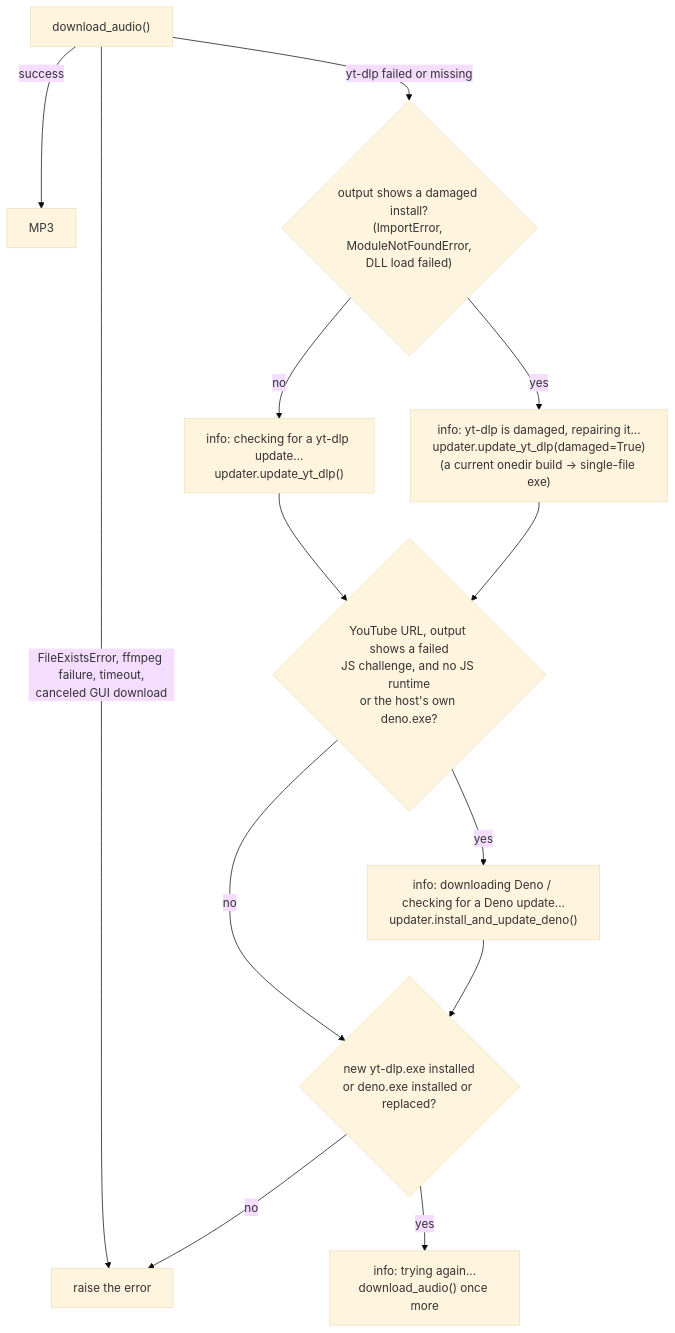
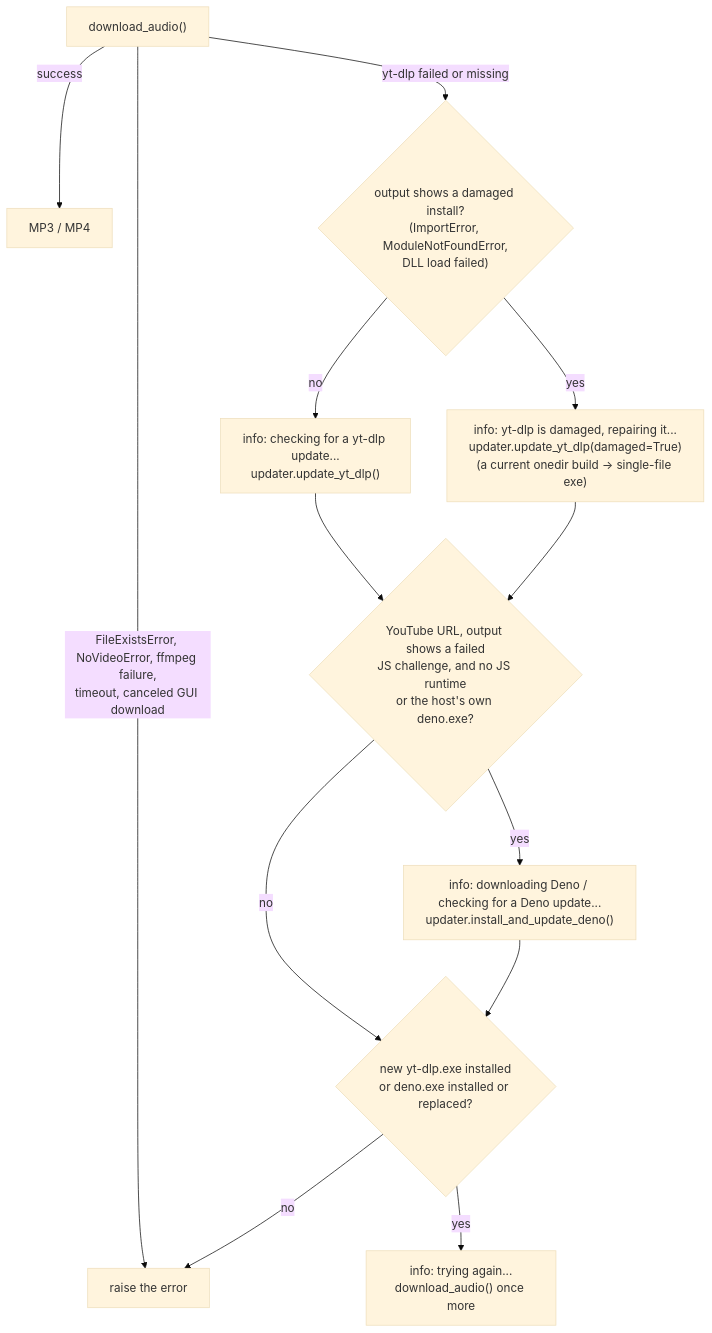
Diagram 16 of 22 in ARCHITECTURE.md (martin-iflap/YT-MP3-Downloader), drawn with Mermaid (base theme) before and after one commit. The commit also changed other lines of this file and 21 other files, not shown here.

````diff
--- a/ARCHITECTURE.md
+++ b/ARCHITECTURE.md
@@ -942,15 +1016,15 @@
 ```mermaid
 flowchart TB
-    A["download_audio()"] -- success --> OK["MP3"]
-    A -- "FileExistsError, ffmpeg failure, timeout,<br/>canceled GUI download" --> RAISE["raise the error"]
+    A["download_audio()"] -- success --> OK["MP3 / MP4"]
+    A -- "FileExistsError, NoVideoError, ffmpeg failure,<br/>timeout, canceled GUI download" --> RAISE["raise the error"]
     A -- "yt-dlp failed or missing" --> B{"output shows a damaged install?<br/>(ImportError, ModuleNotFoundError,<br/>DLL load failed)"}
     B -- no --> U["info: checking for a yt-dlp update...<br/>updater.update_yt_dlp()"]
     B -- yes --> R["info: yt-dlp is damaged, repairing it...<br/>updater.update_yt_dlp(damaged=True)<br/>(a current onedir build → single-file exe)"]
     U --> J
     R --> J{"YouTube URL, output shows a failed<br/>JS challenge, and no JS runtime<br/>or the host's own deno.exe?"}
     J -- yes --> DN["info: downloading Deno / checking for a Deno update...<br/>updater.install_and_update_deno()"]
     J -- no --> C
     DN --> C{"new yt-dlp.exe installed<br/>or deno.exe installed or replaced?"}
     C -- no --> RAISE
     C -- yes --> RETRY["info: trying again...<br/>download_audio() once more"]
 ```
````
